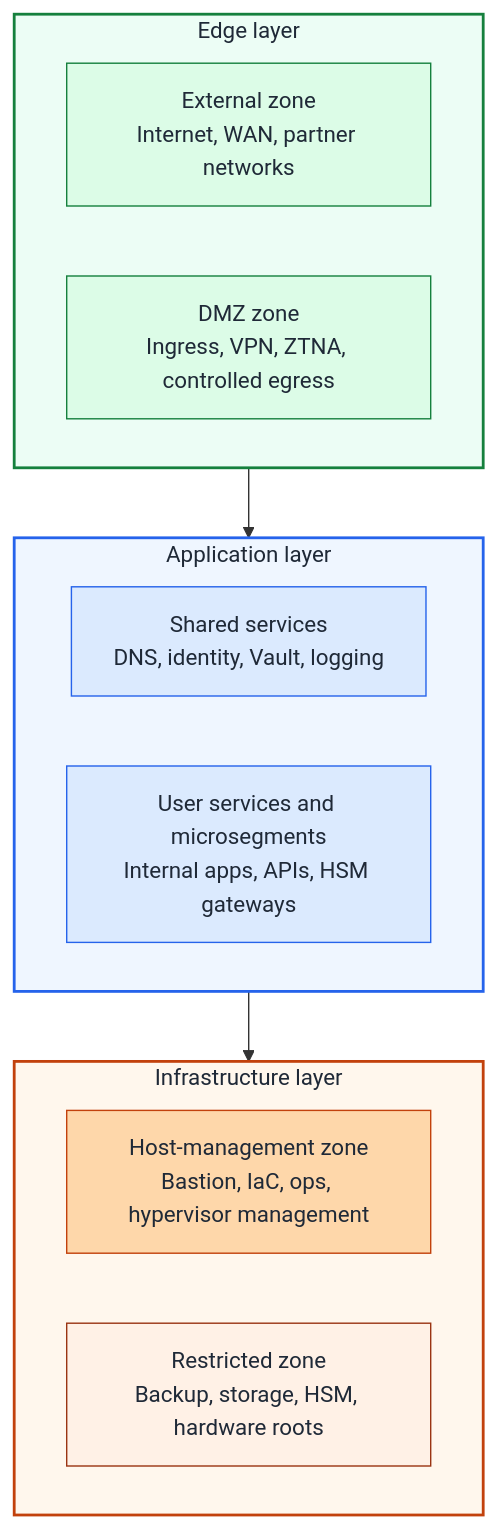
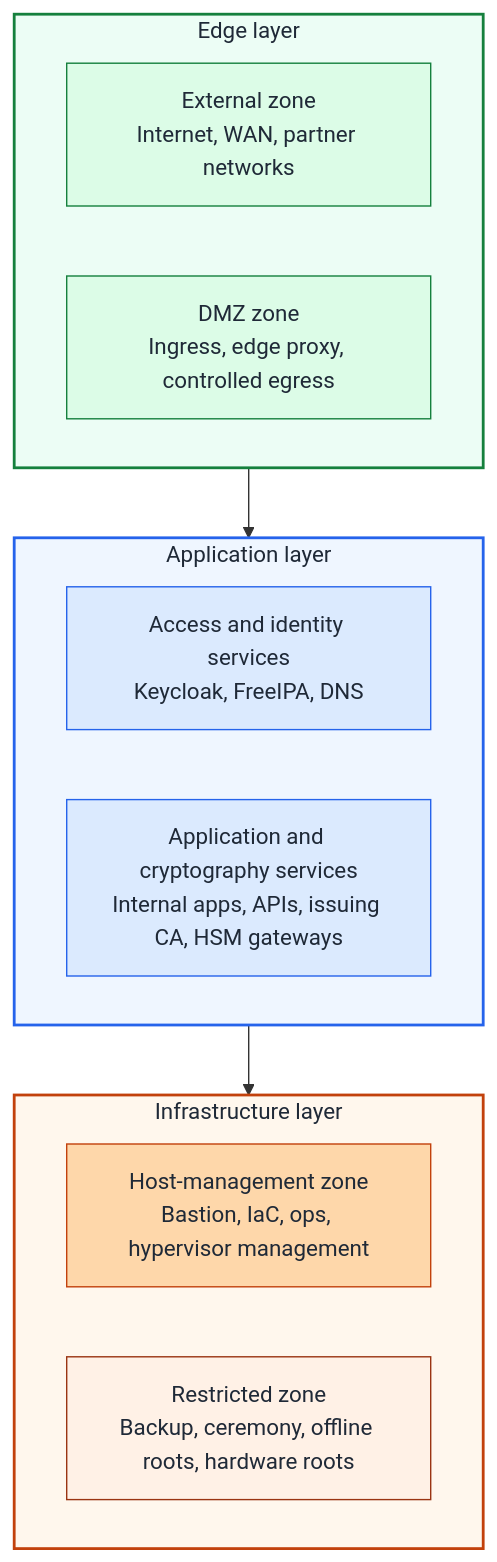
One commit to Rexus/homelab changed the first of 2 diagrams in docs/architecture/overview.md. Above: the diagram before and after it, drawn with Mermaid. The commit also changed other lines of this file and 34 other files, not shown here.

````diff
--- a/docs/architecture/overview.md
+++ b/docs/architecture/overview.md
@@ -32,33 +32,33 @@
 ```mermaid
 flowchart TB
   subgraph Edge["Edge layer"]
     E1["External zone<br/>Internet, WAN, partner networks"]
-    E2["DMZ zone<br/>Ingress, VPN, ZTNA, controlled egress"]
+    E2["DMZ zone<br/>Ingress, edge proxy, controlled egress"]
   end
 
   subgraph App["Application layer"]
-    A1["Shared services<br/>DNS, identity, Vault, logging"]
-    A2["User services and microsegments<br/>Internal apps, APIs, HSM gateways"]
+    A1["Access and identity services<br/>Keycloak, FreeIPA, DNS"]
+    A2["Application and cryptography services<br/>Internal apps, APIs, issuing CA, HSM gateways"]
   end
 
   subgraph Infra["Infrastructure layer"]
     I1["Host-management zone<br/>Bastion, IaC, ops, hypervisor management"]
-    I2["Restricted zone<br/>Backup, storage, HSM, hardware roots"]
+    I2["Restricted zone<br/>Backup, ceremony, offline roots, hardware roots"]
   end
 
   Edge --> App --> Infra
 
   style Edge fill:#ecfdf5,stroke:#15803d,stroke-width:2px,color:#1f2937
   style App fill:#eff6ff,stroke:#2563eb,stroke-width:2px,color:#1f2937
   style Infra fill:#fff7ed,stroke:#c2410c,stroke-width:2px,color:#1f2937
 
   classDef edgeNode fill:#dcfce7,stroke:#15803d,color:#1f2937
   classDef appNode fill:#dbeafe,stroke:#2563eb,color:#1f2937
   classDef mgmtNode fill:#fed7aa,stroke:#c2410c,color:#1f2937
   classDef restrictedNode fill:#fff1e6,stroke:#9a3412,color:#1f2937
 
   class E1,E2 edgeNode
   class A1,A2 appNode
   class I1 mgmtNode
   class I2 restrictedNode
 ```
````
